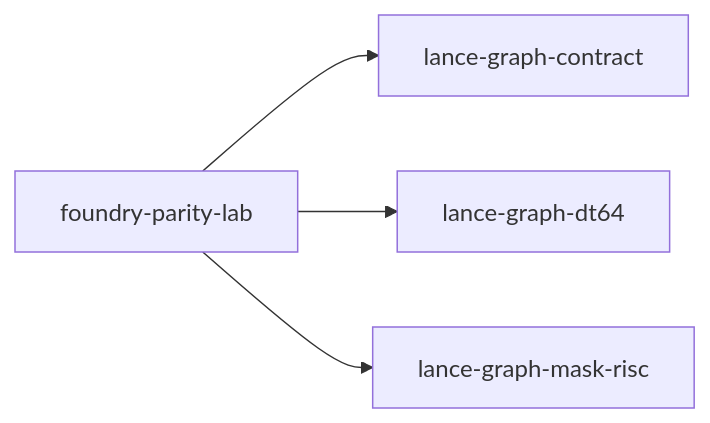
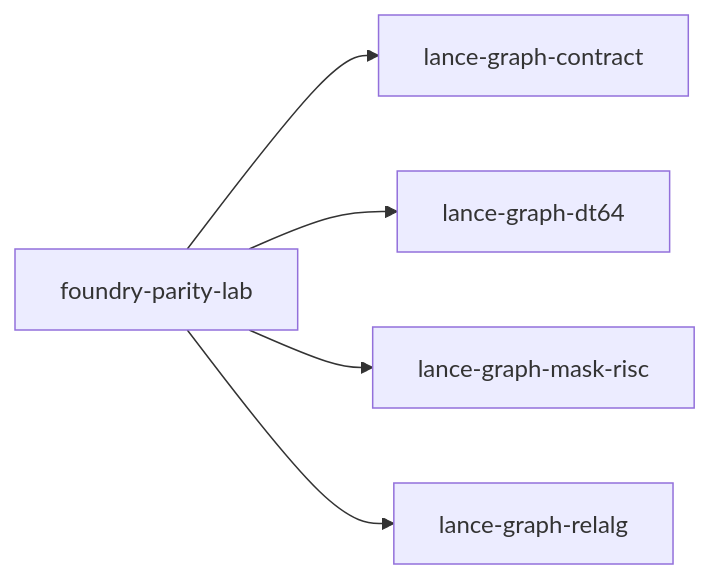
The diagram in .codegraph/crates/foundry-parity-lab.index.md (AdaWorldAPI/lance-graph), drawn with Mermaid before and after one commit. The commit also changed other lines of this file and 16 other files, not shown here.

````diff
--- a/.codegraph/crates/foundry-parity-lab.index.md
+++ b/.codegraph/crates/foundry-parity-lab.index.md
@@ -218,10 +263,12 @@
 ```mermaid
 flowchart LR
   n18["foundry-parity-lab"]
   n39["lance-graph-contract"]
   n42["lance-graph-dt64"]
   n47["lance-graph-mask-risc"]
+  n60["lance-graph-relalg"]
   n18 --> n39
   n18 --> n42
   n18 --> n47
+  n18 --> n60
 ```
````
